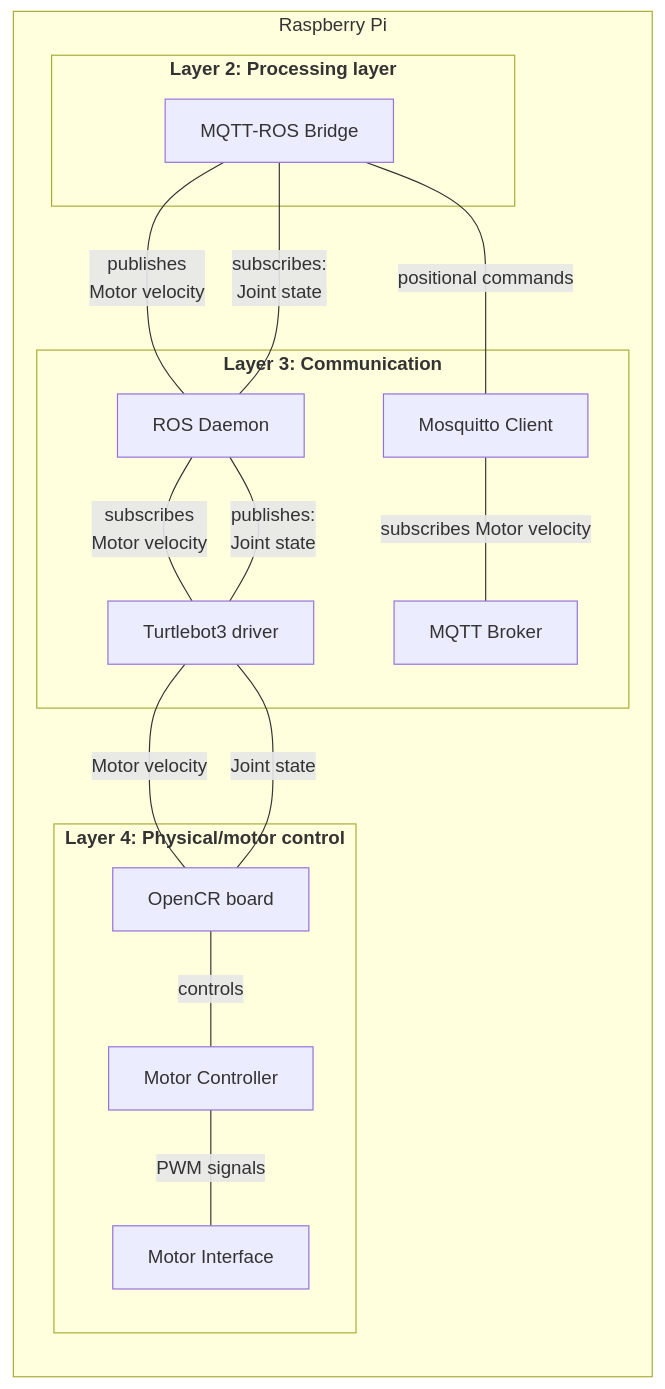
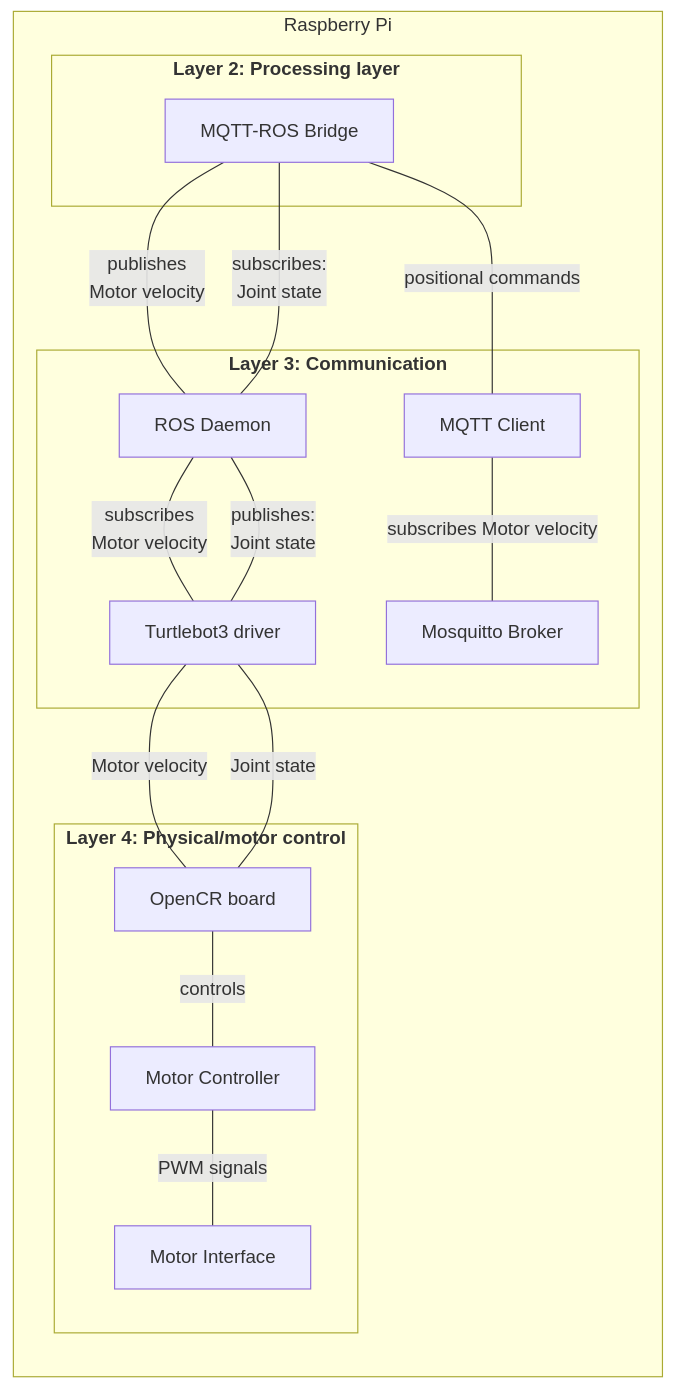
The diagram in mermaidCharts/rpi.mmd (Lukas4314/3-Semester-project), drawn with Mermaid before and after one commit. The commit also changed 5 other files, not shown here.

Commit message:
Refine documentation and diagrams for voice-controlled robot project, including clarifications on command interpretation, sound localization, and MQTT broker terminology.

```diff
--- a/mermaidCharts/rpi.mmd
+++ b/mermaidCharts/rpi.mmd
@@ -1,31 +1,31 @@
 flowchart LR
     subgraph RPI[Raspberry Pi]
         
         subgraph L1[<b>Layer 4: Physical/motor control</b>]
             
             
             PI_Board[OpenCR board]
             PI_MC[Motor Controller]
             PI_Mot[Motor Interface]
             PI_Board -- "controls" --- PI_MC -- "PWM signals" --- PI_Mot
         end
         subgraph L2[<b>Layer 3: Communication</b>]
             PI_OPENCR[Turtlebot3 driver]
-            PI_MQTT[MQTT Broker]
+            PI_MQTT[Mosquitto Broker]
             PI_ROS[ROS Daemon]
-            PI_Client[Mosquitto Client]
+            PI_Client[MQTT Client]
         end
         subgraph L3[<b>Layer 2: Processing layer</b>]
             
             PI_Bridge[MQTT-ROS Bridge]
         end
     end
     PI_OPENCR -- "Motor velocity" --- PI_Board
     PI_Client -- "subscribes Motor velocity" --- PI_MQTT
     PI_Bridge -- "positional commands" --- PI_Client
     PI_Bridge -- "publishes <br> Motor velocity" --- PI_ROS
     PI_ROS -- "subscribes <br> Motor velocity" --- PI_OPENCR
 
     PI_Bridge -- "subscribes: <br> Joint state" --- PI_ROS
     PI_ROS -- "publishes: <br> Joint state" --- PI_OPENCR
     PI_OPENCR -- "Joint state" --- PI_Board
```
